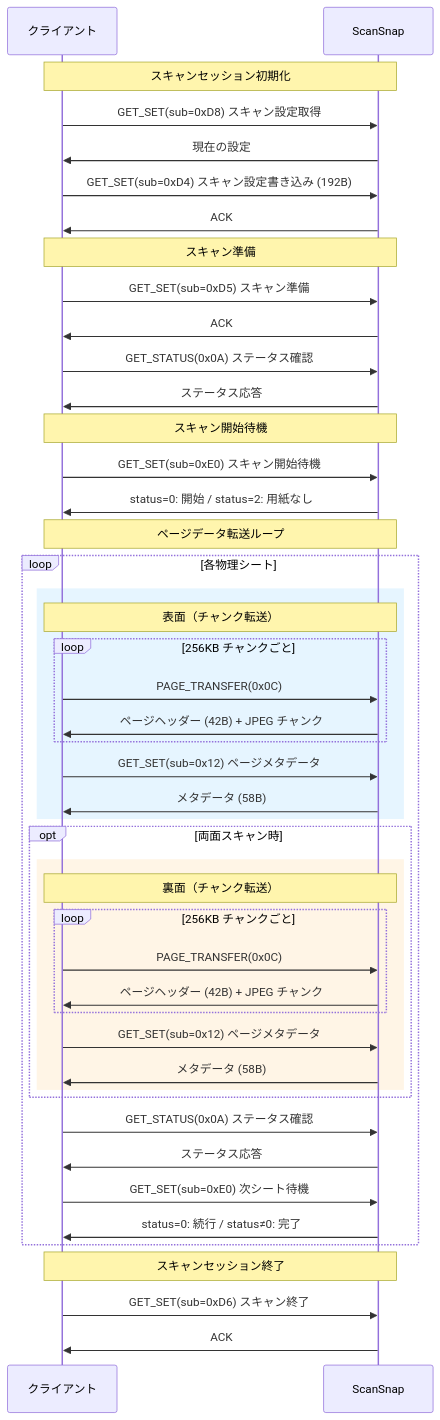
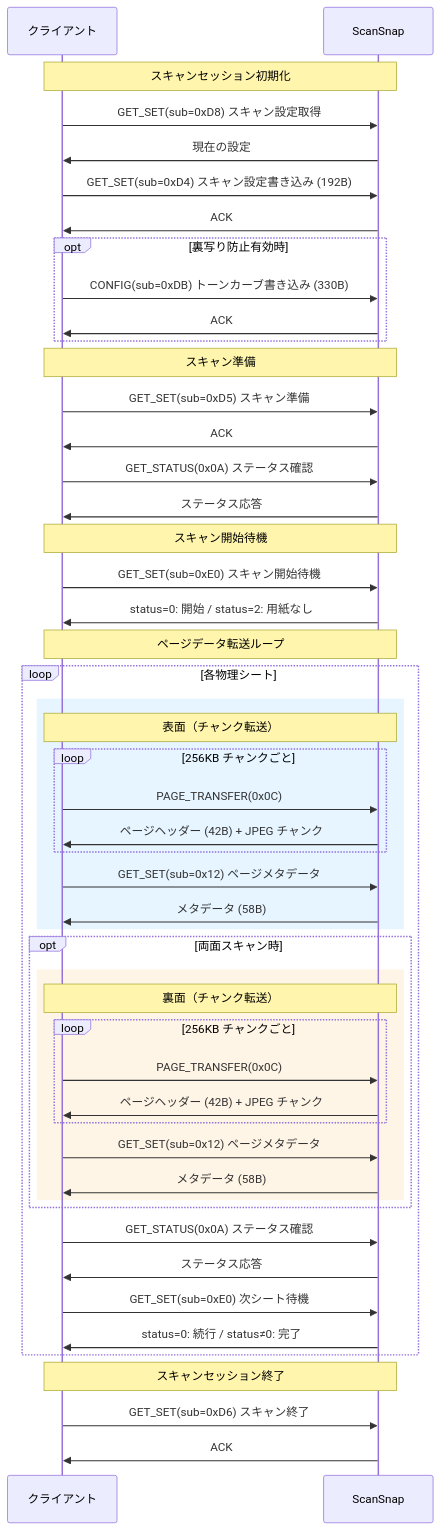
The fourth of 5 diagrams in protocol.md (mzyy94/AirScap), drawn with Mermaid before and after one commit. The commit also changed other lines of this file and 6 other files, not shown here.

Commit message:
Fix bleed-through reduction scan protocol sequence

````diff
--- a/protocol.md
+++ b/protocol.md
@@ -712,53 +774,57 @@
 ```mermaid
 sequenceDiagram
     participant C as クライアント
     participant S as ScanSnap
 
     Note over C,S: スキャンセッション初期化
     C->>S: GET_SET(sub=0xD8) スキャン設定取得
     S->>C: 現在の設定
     C->>S: GET_SET(sub=0xD4) スキャン設定書き込み (192B)
     S->>C: ACK
+    opt 裏写り防止有効時
+        C->>S: CONFIG(sub=0xDB) トーンカーブ書き込み (330B)
+        S->>C: ACK
+    end
 
     Note over C,S: スキャン準備
     C->>S: GET_SET(sub=0xD5) スキャン準備
     S->>C: ACK
     C->>S: GET_STATUS(0x0A) ステータス確認
     S->>C: ステータス応答
 
     Note over C,S: スキャン開始待機
     C->>S: GET_SET(sub=0xE0) スキャン開始待機
     S->>C: status=0: 開始 / status=2: 用紙なし
 
     Note over C,S: ページデータ転送ループ
     loop 各物理シート
         rect rgb(230, 245, 255)
             Note over C,S: 表面（チャンク転送）
             loop 256KB チャンクごと
                 C->>S: PAGE_TRANSFER(0x0C)
                 S->>C: ページヘッダー (42B) + JPEG チャンク
             end
             C->>S: GET_SET(sub=0x12) ページメタデータ
             S->>C: メタデータ (58B)
         end
         opt 両面スキャン時
             rect rgb(255, 245, 230)
                 Note over C,S: 裏面（チャンク転送）
                 loop 256KB チャンクごと
                     C->>S: PAGE_TRANSFER(0x0C)
                     S->>C: ページヘッダー (42B) + JPEG チャンク
                 end
                 C->>S: GET_SET(sub=0x12) ページメタデータ
                 S->>C: メタデータ (58B)
             end
         end
         C->>S: GET_STATUS(0x0A) ステータス確認
         S->>C: ステータス応答
         C->>S: GET_SET(sub=0xE0) 次シート待機
         S->>C: status=0: 続行 / status≠0: 完了
     end
 
     Note over C,S: スキャンセッション終了
     C->>S: GET_SET(sub=0xD6) スキャン終了
     S->>C: ACK
 ```
````
